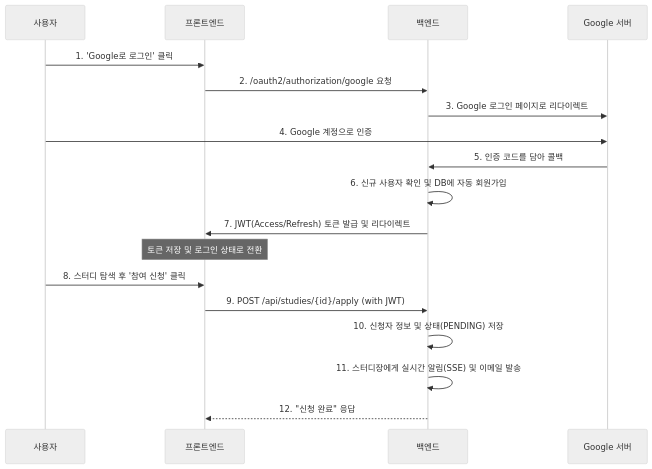
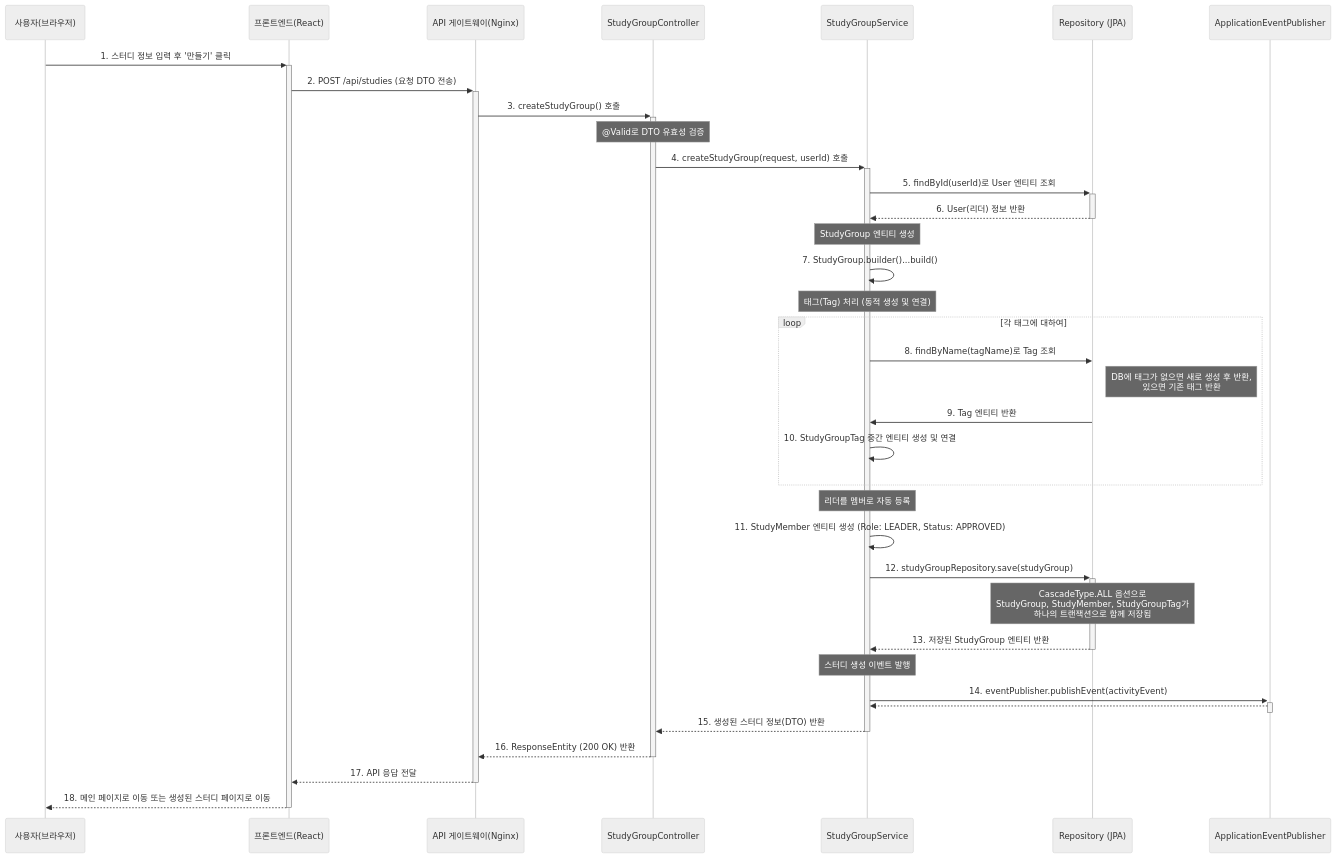
Before and after one commit to suho149/study_group_having: the second of 3 diagrams in README.md, drawn with Mermaid (neutral theme). The commit also changed other lines of this file, not shown here.

````diff
--- a/README.md
+++ b/README.md
@@ -100,22 +101,47 @@
 ```mermaid
 sequenceDiagram
-    participant User as 사용자
-    participant FE as 프론트엔드
-    participant BE as 백엔드
-    participant Google as Google 서버
+    participant User as 사용자(브라우저)
+    participant FE as 프론트엔드(React)
+    participant API as API 게이트웨이(Nginx)
+    participant Controller as StudyGroupController
+    participant Service as StudyGroupService
+    participant Repo as Repository (JPA)
+    participant Event as ApplicationEventPublisher
+
+    User->>+FE: 1. 스터디 정보 입력 후 '만들기' 클릭
+    FE->>+API: 2. POST /api/studies (요청 DTO 전송)
+    API->>+Controller: 3. createStudyGroup() 호출
     
-    User->>FE: 1. 'Google로 로그인' 클릭
-    FE->>BE: 2. /oauth2/authorization/google 요청
-    BE->>Google: 3. Google 로그인 페이지로 리다이렉트
-    User->>Google: 4. Google 계정으로 인증
-    Google->>BE: 5. 인증 코드를 담아 콜백
-    BE->>BE: 6. 신규 사용자 확인 및 DB에 자동 회원가입
-    BE->>FE: 7. JWT(Access/Refresh) 토큰 발급 및 리다이렉트
-    Note over FE: 토큰 저장 및 로그인 상태로 전환
+    Note over Controller: @Valid로 DTO 유효성 검증
+    Controller->>+Service: 4. createStudyGroup(request, userId) 호출
     
-    User->>FE: 8. 스터디 탐색 후 '참여 신청' 클릭
-    FE->>BE: 9. POST /api/studies/{id}/apply (with JWT)
-    BE->>BE: 10. 신청자 정보 및 상태(PENDING) 저장
-    BE->>BE: 11. 스터디장에게 실시간 알림(SSE) 및 이메일 발송
-    BE-->>FE: 12. "신청 완료" 응답
+    Service->>+Repo: 5. findById(userId)로 User 엔티티 조회
+    Repo-->>-Service: 6. User(리더) 정보 반환
+
+    Note over Service: StudyGroup 엔티티 생성
+    Service->>Service: 7. StudyGroup.builder()...build()
+
+    Note over Service: 태그(Tag) 처리 (동적 생성 및 연결)
+    loop 각 태그에 대하여
+        Service->>Repo: 8. findByName(tagName)로 Tag 조회
+        Note right of Repo: DB에 태그가 없으면 새로 생성 후 반환,<br>있으면 기존 태그 반환
+        Repo->>Service: 9. Tag 엔티티 반환
+        Service->>Service: 10. StudyGroupTag 중간 엔티티 생성 및 연결
+    end
+    
+    Note over Service: 리더를 멤버로 자동 등록
+    Service->>Service: 11. StudyMember 엔티티 생성 (Role: LEADER, Status: APPROVED)
+    
+    Service->>+Repo: 12. studyGroupRepository.save(studyGroup)
+    Note over Repo: CascadeType.ALL 옵션으로<br/>StudyGroup, StudyMember, StudyGroupTag가<br/>하나의 트랜잭션으로 함께 저장됨
+    Repo-->>-Service: 13. 저장된 StudyGroup 엔티티 반환
+
+    Note over Service: 스터디 생성 이벤트 발행
+    Service->>+Event: 14. eventPublisher.publishEvent(activityEvent)
+    Event-->>-Service: 
+    
+    Service-->>-Controller: 15. 생성된 스터디 정보(DTO) 반환
+    Controller-->>-API: 16. ResponseEntity (200 OK) 반환
+    API-->>-FE: 17. API 응답 전달
+    FE-->>-User: 18. 메인 페이지로 이동 또는 생성된 스터디 페이지로 이동
 ```
````
